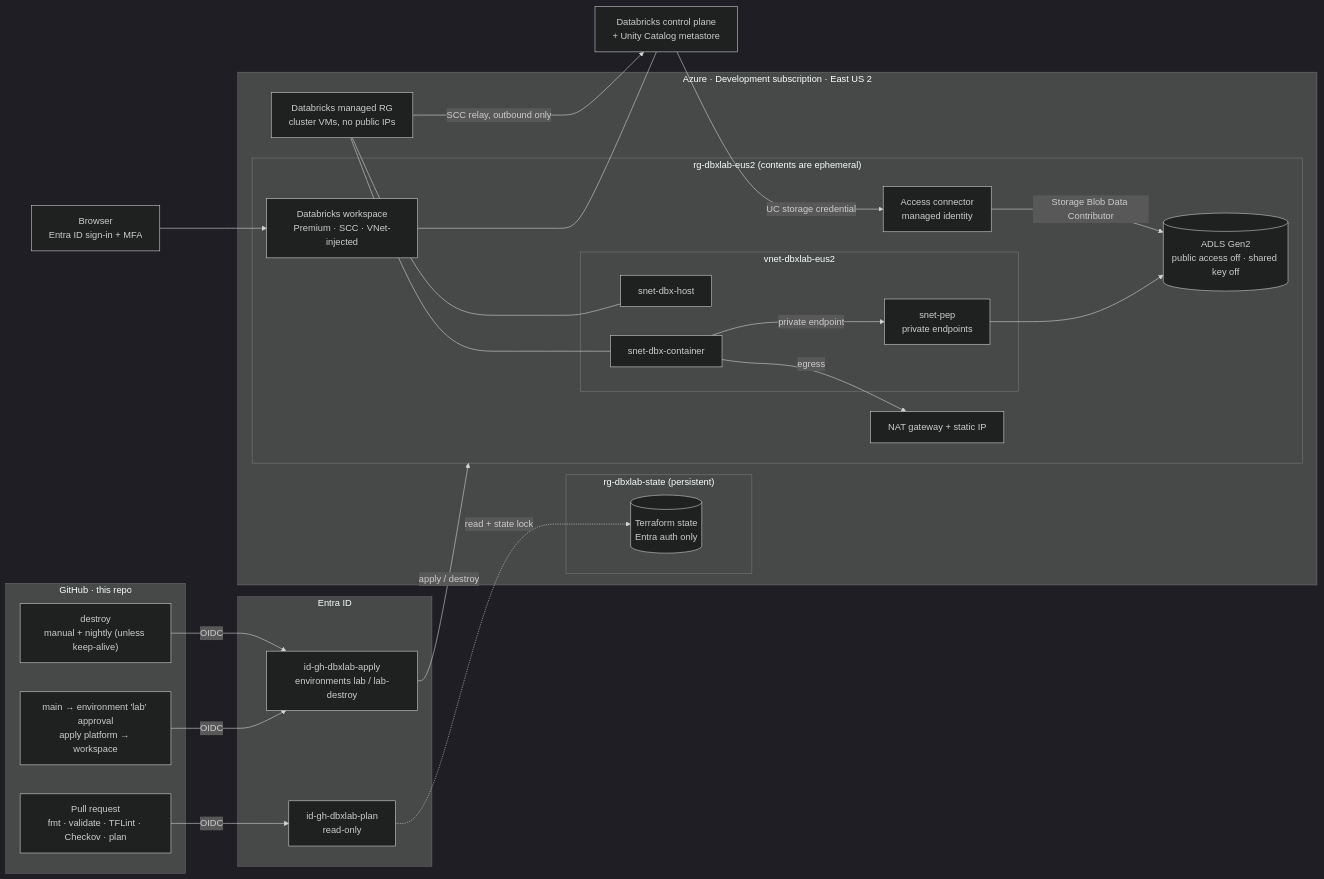
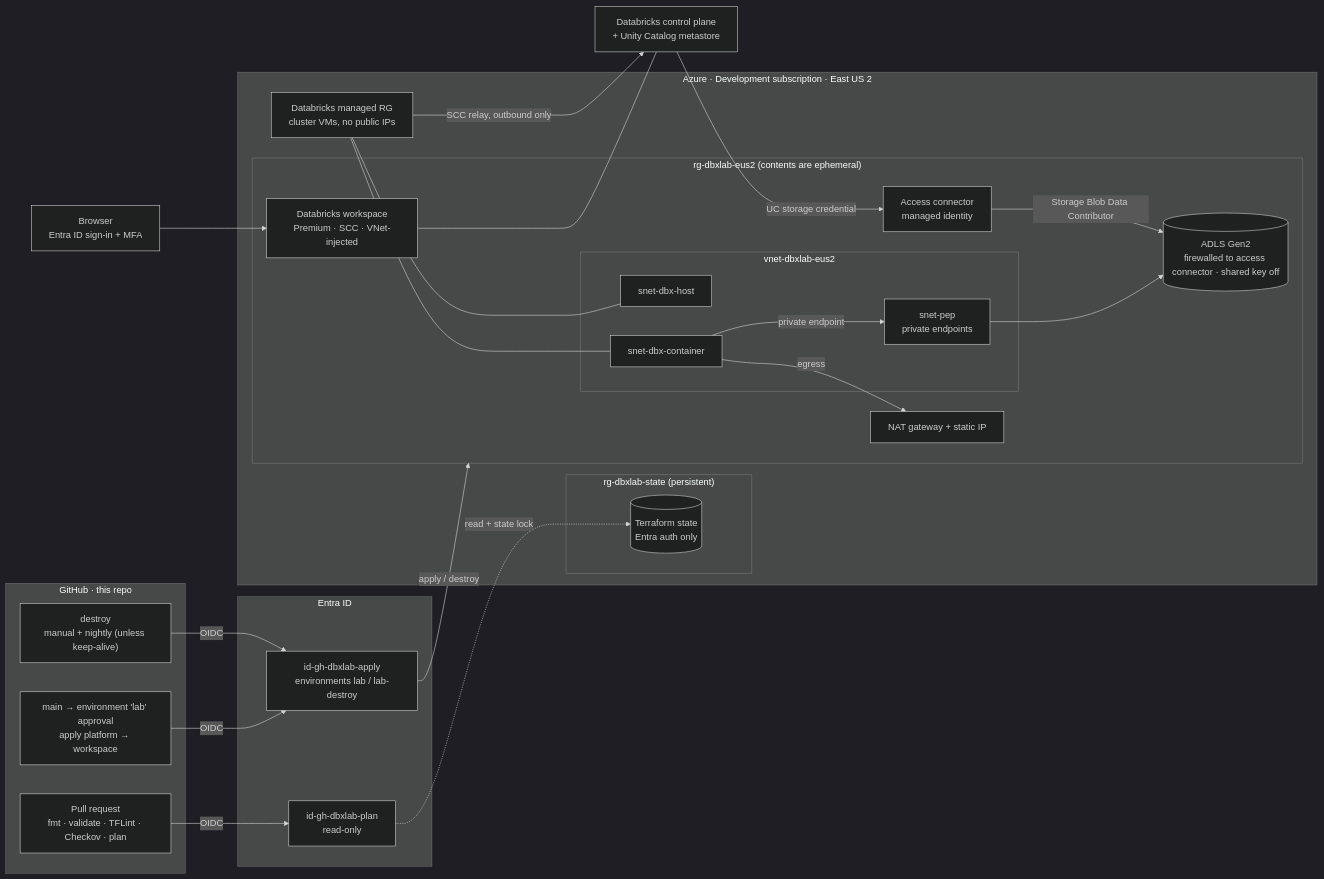
The diagram in README.md (cjshanahan1228/azure-databricks-platform-lab), drawn with Mermaid (dark theme) before and after one commit. The commit also changed other lines of this file and 22 other files, not shown here.

````diff
--- a/README.md
+++ b/README.md
@@ -29,50 +29,50 @@
 ```mermaid
 flowchart LR
   subgraph GH["GitHub · this repo"]
     PR["Pull request<br/>fmt · validate · TFLint · Checkov · plan"]
     APPLY["main → environment 'lab' approval<br/>apply platform → workspace"]
     DESTROY["destroy<br/>manual + nightly (unless keep-alive)"]
   end
 
   subgraph ENTRA["Entra ID"]
     IDPLAN["id-gh-dbxlab-plan<br/>read-only"]
     IDAPPLY["id-gh-dbxlab-apply<br/>environments lab / lab-destroy"]
   end
 
   subgraph AZ["Azure · Development subscription · East US 2"]
     subgraph RGSTATE["rg-dbxlab-state (persistent)"]
       STATE[("Terraform state<br/>Entra auth only")]
     end
     subgraph RGLAB["rg-dbxlab-eus2 (contents are ephemeral)"]
       WS["Databricks workspace<br/>Premium · SCC · VNet-injected"]
       AC["Access connector<br/>managed identity"]
-      ADLS[("ADLS Gen2<br/>public access off · shared key off")]
+      ADLS[("ADLS Gen2<br/>firewalled to access connector · shared key off")]
       NAT["NAT gateway + static IP"]
       subgraph VNET["vnet-dbxlab-eus2"]
         HOST["snet-dbx-host"]
         CONT["snet-dbx-container"]
         PEP["snet-pep<br/>private endpoints"]
       end
     end
     MRG["Databricks managed RG<br/>cluster VMs, no public IPs"]
   end
 
   CP["Databricks control plane<br/>+ Unity Catalog metastore"]
   USER["Browser<br/>Entra ID sign-in + MFA"]
 
   PR -- OIDC --> IDPLAN
   APPLY -- OIDC --> IDAPPLY
   DESTROY -- OIDC --> IDAPPLY
   IDPLAN -. "read + state lock" .-> STATE
   IDAPPLY -- "apply / destroy" --> RGLAB
   USER --> WS
   WS --- CP
   MRG -- "SCC relay, outbound only" --> CP
   MRG --- HOST
   MRG --- CONT
   CONT -- egress --> NAT
   CONT -- "private endpoint" --> PEP
   PEP --> ADLS
   CP -- "UC storage credential" --> AC
   AC -- "Storage Blob Data Contributor" --> ADLS
 ```
````
